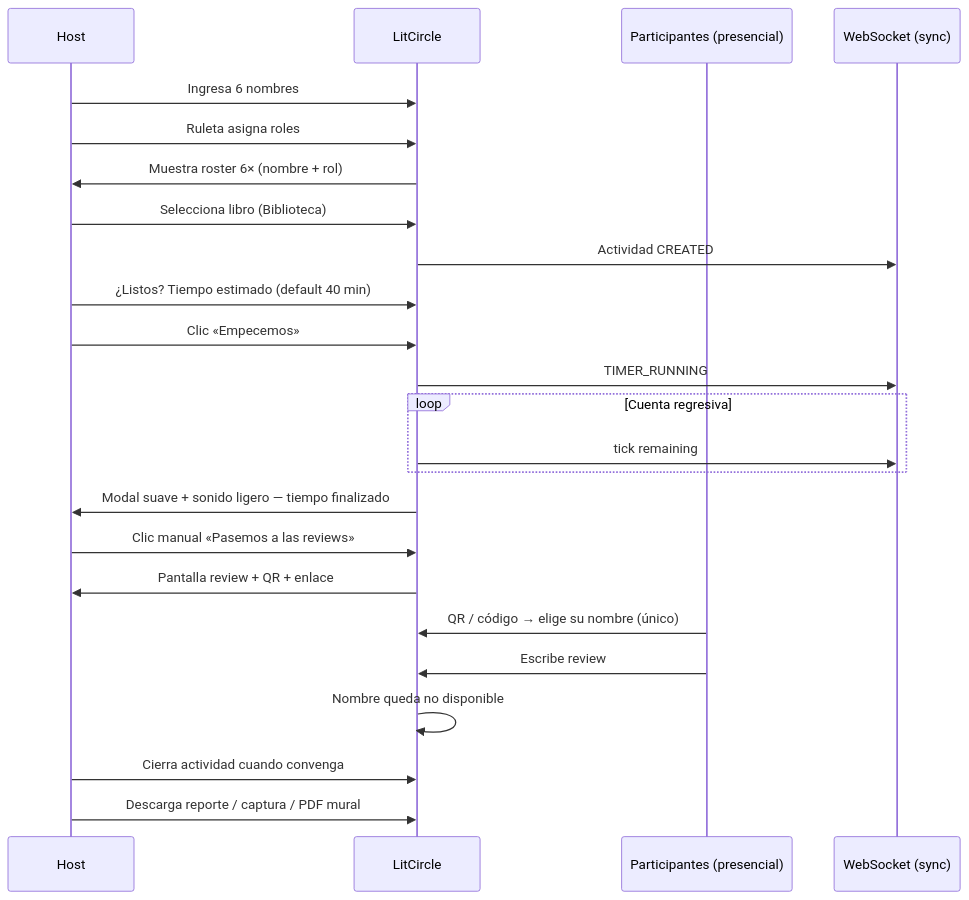
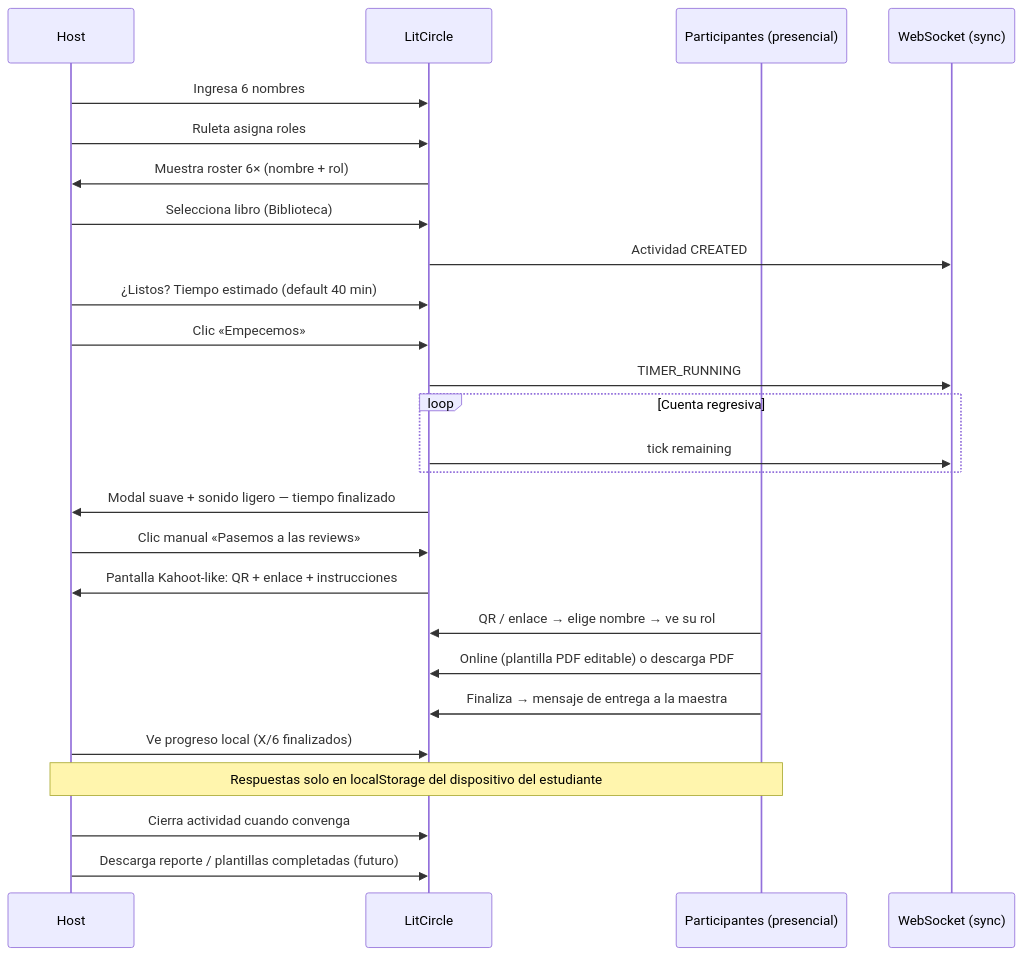
One commit to JosthinAyonC/chapterquest-serverless-app changed the second of 5 diagrams in docs/ProductSpec.md. Above: the diagram before and after it, drawn with Mermaid. The commit also changed other lines of this file and 45 other files, not shown here.

Commit message:
feat: implement role review flow with QR code integration, add role-specific PDF templates, and update navigation structure for roleplay sessions

````diff
--- a/docs/ProductSpec.md
+++ b/docs/ProductSpec.md
@@ -192,27 +192,29 @@
 ```mermaid
 sequenceDiagram
   participant H as Host
   participant SYS as LitCircle
   participant P as Participantes (presencial)
   participant WS as WebSocket (sync)
 
   H->>SYS: Ingresa 6 nombres
   H->>SYS: Ruleta asigna roles
   SYS->>H: Muestra roster 6× (nombre + rol)
   H->>SYS: Selecciona libro (Biblioteca)
   SYS->>WS: Actividad CREATED
   H->>SYS: ¿Listos? Tiempo estimado (default 40 min)
   H->>SYS: Clic «Empecemos»
   SYS->>WS: TIMER_RUNNING
   loop Cuenta regresiva
     SYS->>WS: tick remaining
   end
   SYS->>H: Modal suave + sonido ligero — tiempo finalizado
   H->>SYS: Clic manual «Pasemos a las reviews»
-  SYS->>H: Pantalla review + QR + enlace
-  P->>SYS: QR / código → elige su nombre (único)
-  P->>SYS: Escribe review
-  SYS->>SYS: Nombre queda no disponible
+  SYS->>H: Pantalla Kahoot-like: QR + enlace + instrucciones
+  P->>SYS: QR / enlace → elige nombre → ve su rol
+  P->>SYS: Online (plantilla PDF editable) o descarga PDF
+  P->>SYS: Finaliza → mensaje de entrega a la maestra
+  H->>SYS: Ve progreso local (X/6 finalizados)
+  Note over H,P: Respuestas solo en localStorage del dispositivo del estudiante
   H->>SYS: Cierra actividad cuando convenga
-  H->>SYS: Descarga reporte / captura / PDF mural
+  H->>SYS: Descarga reporte / plantillas completadas (futuro)
 ```
````
